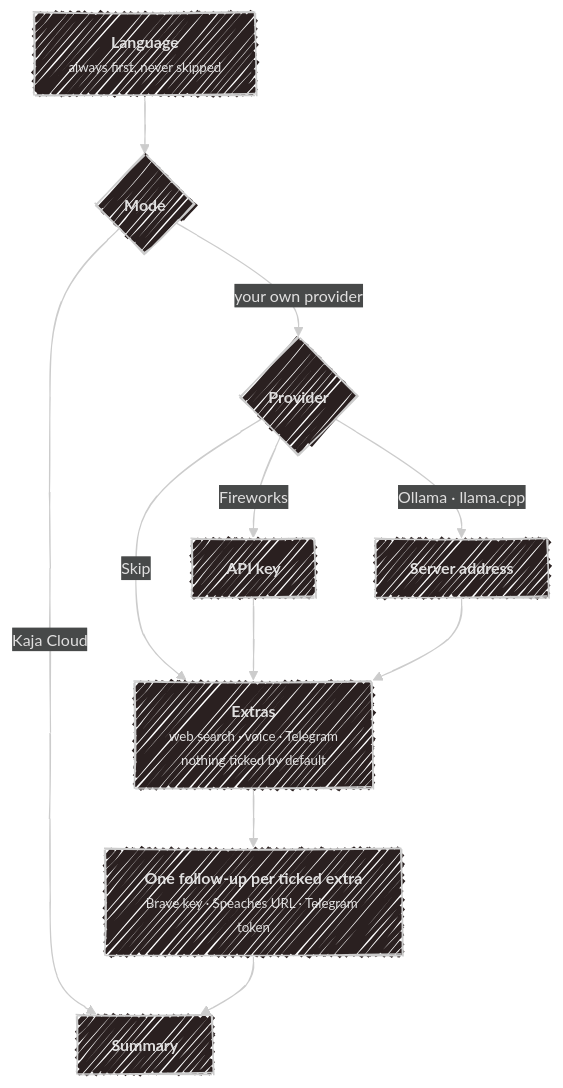
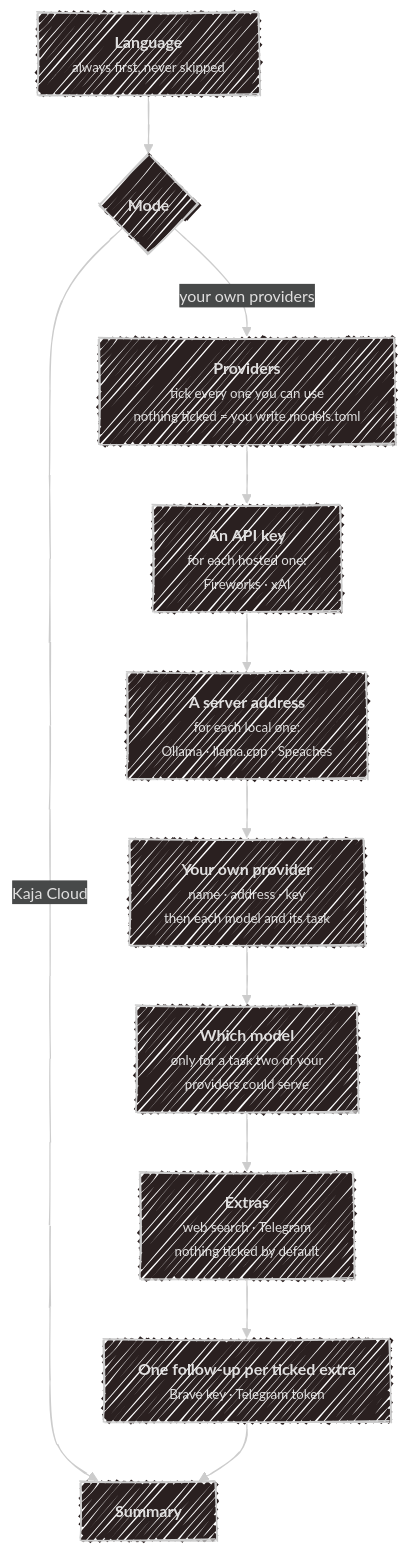
One commit to SubZtep/kaja changed the first of 4 diagrams in docs/configuration/wizard.md. Above: the diagram before and after it, drawn with Mermaid. The commit also changed other lines of this file and 66 other files, not shown here.

````diff
--- a/docs/configuration/wizard.md
+++ b/docs/configuration/wizard.md
@@ -24,23 +27,21 @@
 ```mermaid
 ---
 config:
   look: handDrawn
   theme: neo-dark
 ---
 flowchart TD
     L["<b>Language</b><br><small>always first, never skipped</small>"] --> M{"<b>Mode</b>"}
 
     M -->|"Kaja Cloud"| SUM["<b>Summary</b>"]
-    M -->|"your own provider"| P{"<b>Provider</b>"}
+    M -->|"your own providers"| P["<b>Providers</b><br><small>tick every one you can use<br>nothing ticked = you write models.toml</small>"]
 
-    P -->|"Fireworks"| KEY["<b>API key</b>"]
-    P -->|"Ollama · llama.cpp"| URL["<b>Server address</b>"]
-    P -->|"Skip"| EX
+    P --> KEY["<b>An API key</b><br><small>for each hosted one:<br>Fireworks · xAI</small>"]
+    KEY --> URL["<b>A server address</b><br><small>for each local one:<br>Ollama · llama.cpp · Speaches</small>"]
+    URL --> CUS["<b>Your own provider</b><br><small>name · address · key<br>then each model and its task</small>"]
+    CUS --> MODEL["<b>Which model</b><br><small>only for a task two of your<br>providers could serve</small>"]
 
-    KEY --> EX
-    URL --> EX
-
-    EX["<b>Extras</b><br><small>web search · voice · Telegram<br>nothing ticked by default</small>"] --> FU
-
-    FU["<b>One follow-up per ticked extra</b><br><small>Brave key · Speaches URL · Telegram token</small>"] --> SUM
+    MODEL --> EX["<b>Extras</b><br><small>web search · Telegram<br>nothing ticked by default</small>"]
+    EX --> FU["<b>One follow-up per ticked extra</b><br><small>Brave key · Telegram token</small>"]
+    FU --> SUM
 ```
````
